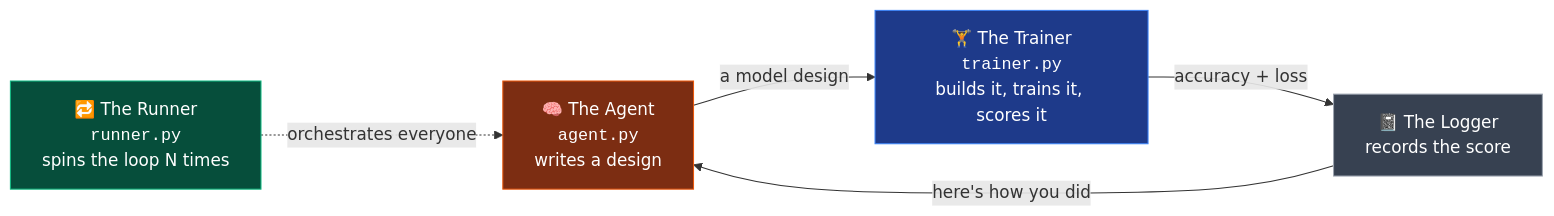
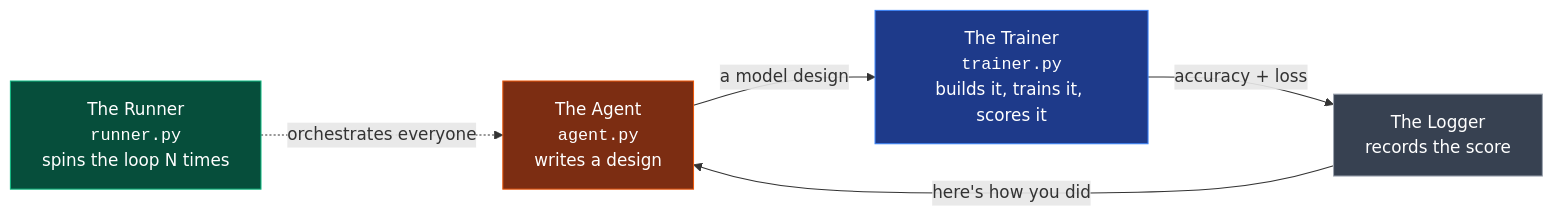
The first of 2 diagrams in book/02-build-your-first-loop.md (m4vic/Autopilot-zero-to-hero), drawn with Mermaid before and after one commit. The commit also changed other lines of this file and 15 other files, not shown here.

````diff
--- a/book/02-build-your-first-loop.md
+++ b/book/02-build-your-first-loop.md
@@ -24,12 +24,12 @@
 ```mermaid
-flowchart LR
-    A["🧠 The Agent<br/><code>agent.py</code><br/>writes a design"] -->|"a model design"| B["🏋️ The Trainer<br/><code>trainer.py</code><br/>builds it, trains it, scores it"]
-    B -->|"accuracy + loss"| C["📓 The Logger<br/>records the score"]
+    flowchart LR
+    A["The Agent<br/><code>agent.py</code><br/>writes a design"] -->|"a model design"| B["The Trainer<br/><code>trainer.py</code><br/>builds it, trains it, scores it"]
+    B -->|"accuracy + loss"| C["The Logger<br/>records the score"]
     C -->|"here's how you did"| A
-    D["🔁 The Runner<br/><code>runner.py</code><br/>spins the loop N times"] -.->|"orchestrates everyone"| A
+    D["The Runner<br/><code>runner.py</code><br/>spins the loop N times"] -.->|"orchestrates everyone"| A
 
     style A fill:#7c2d12,stroke:#ea580c,color:#fff
     style B fill:#1e3a8a,stroke:#3b82f6,color:#fff
     style C fill:#374151,stroke:#9ca3af,color:#fff
     style D fill:#064e3b,stroke:#10b981,color:#fff
 ```
````
